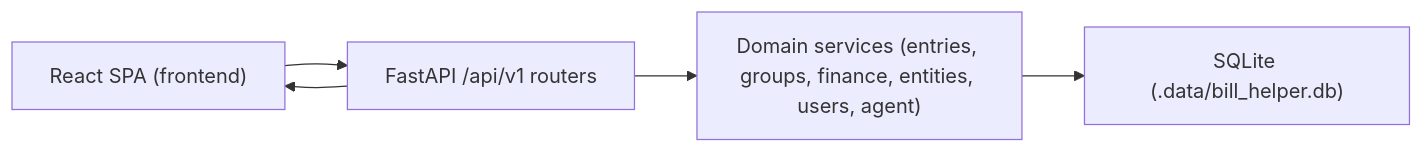
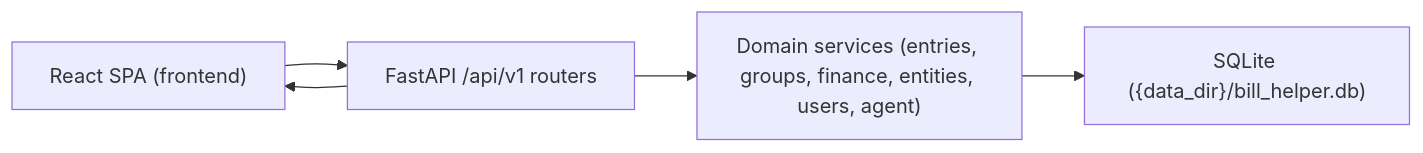
One commit to scottctd/bill_helper changed the diagram in docs/high-level-data-flow.md. Above: the diagram before and after it, drawn with Mermaid. The commit also changed 20 other files, not shown here.

````diff
--- a/docs/high-level-data-flow.md
+++ b/docs/high-level-data-flow.md
@@ -9,7 +9,7 @@
 ```mermaid
 flowchart LR
     UI["React SPA (frontend)"] --> API["FastAPI /api/v1 routers"]
     API --> SVC["Domain services (entries, groups, finance, entities, users, agent)"]
-    SVC --> DB["SQLite (.data/bill_helper.db)"]
+    SVC --> DB["SQLite ({data_dir}/bill_helper.db)"]
     API --> UI
 ```
````
